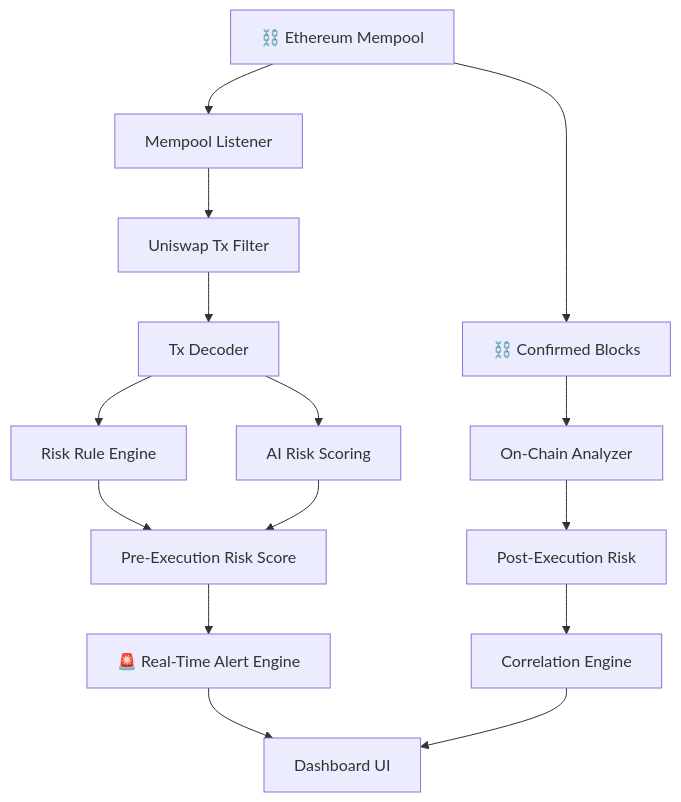
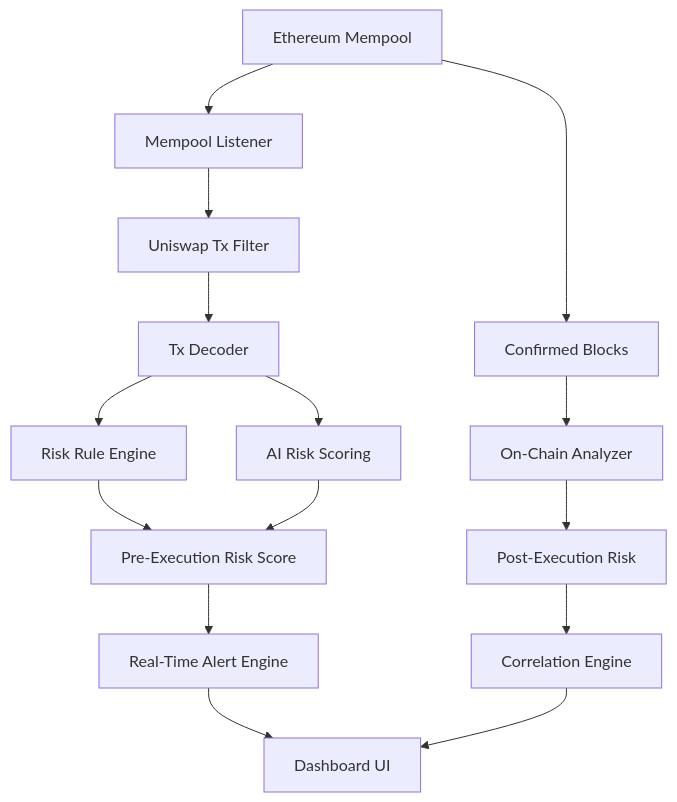
Before and after one commit to aviralMadhvan24/iiit-una: the diagram in README.md, drawn with Mermaid. The commit also changed other lines of this file, not shown here.

````diff
--- a/README.md
+++ b/README.md
@@ -61,24 +61,24 @@
 ```mermaid
 graph TD
-    A[⛓️ Ethereum Mempool] --> B[Mempool Listener]
+    A[ Ethereum Mempool] --> B[Mempool Listener]
     B --> C[Uniswap Tx Filter]
     C --> D[Tx Decoder]
     
     D --> E[Risk Rule Engine]
     D --> F[AI Risk Scoring]
     
     E --> G[Pre-Execution Risk Score]
     F --> G
     
-    G --> H[🚨 Real-Time Alert Engine]
+    G --> H[ Real-Time Alert Engine]
     
     H --> I[Dashboard UI]
     
-    A --> J[⛓️ Confirmed Blocks]
+    A --> J[ Confirmed Blocks]
     J --> K[On-Chain Analyzer]
     
     K --> L[Post-Execution Risk]
     L --> M[Correlation Engine]
     
     M --> I
 ```
````
